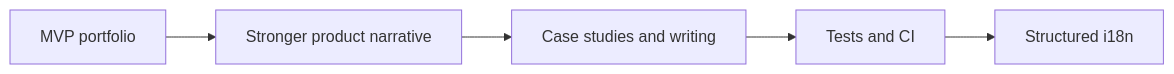
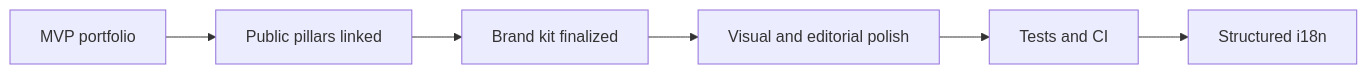
Before and after one commit to MichaelMachad0/forge: the diagram in docs/roadmap.md, drawn with Mermaid. The commit also changed other lines of this file and 5 other files, not shown here.

````diff
--- a/docs/roadmap.md
+++ b/docs/roadmap.md
@@ -17,10 +17,11 @@
 ```mermaid
 flowchart LR
   mvp[MVP portfolio]
-  narrative[Stronger product narrative]
-  depth[Case studies and writing]
+  pillars[Public pillars linked]
+  brand[Brand kit finalized]
+  polish[Visual and editorial polish]
   quality[Tests and CI]
   i18n[Structured i18n]
 
-  mvp --> narrative --> depth --> quality --> i18n
+  mvp --> pillars --> brand --> polish --> quality --> i18n
 ```
````
